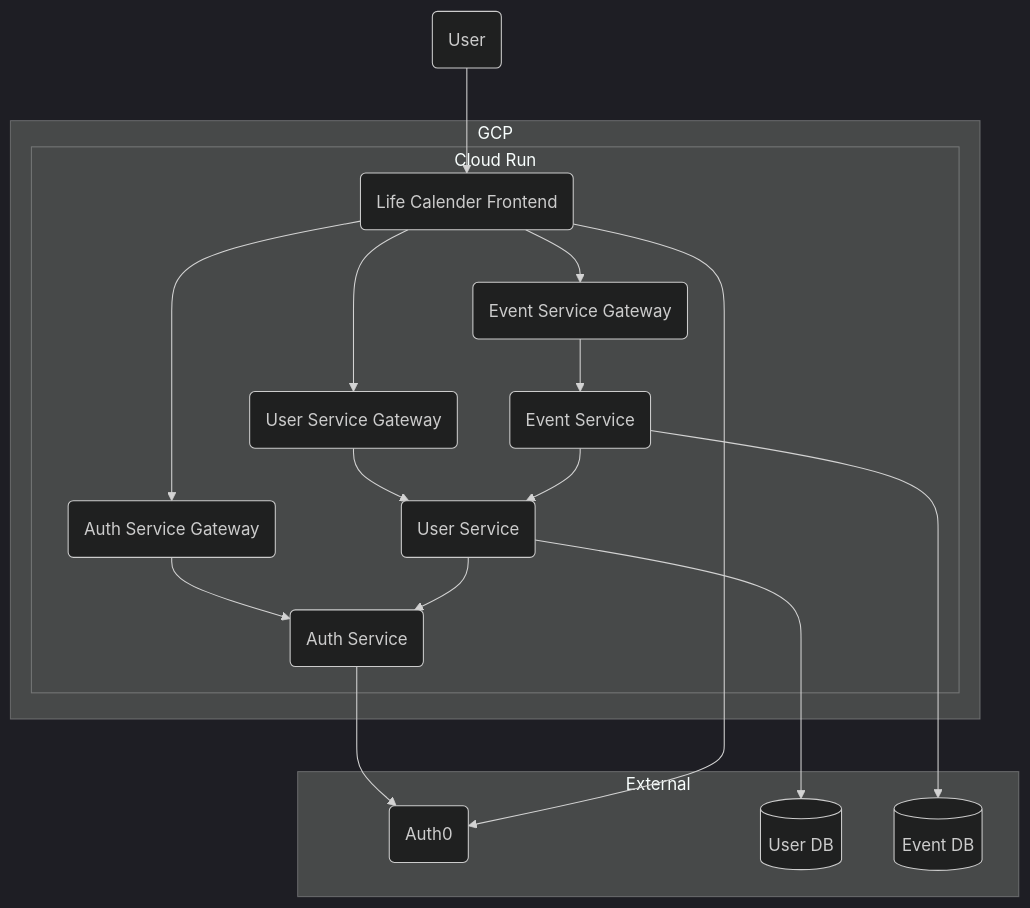
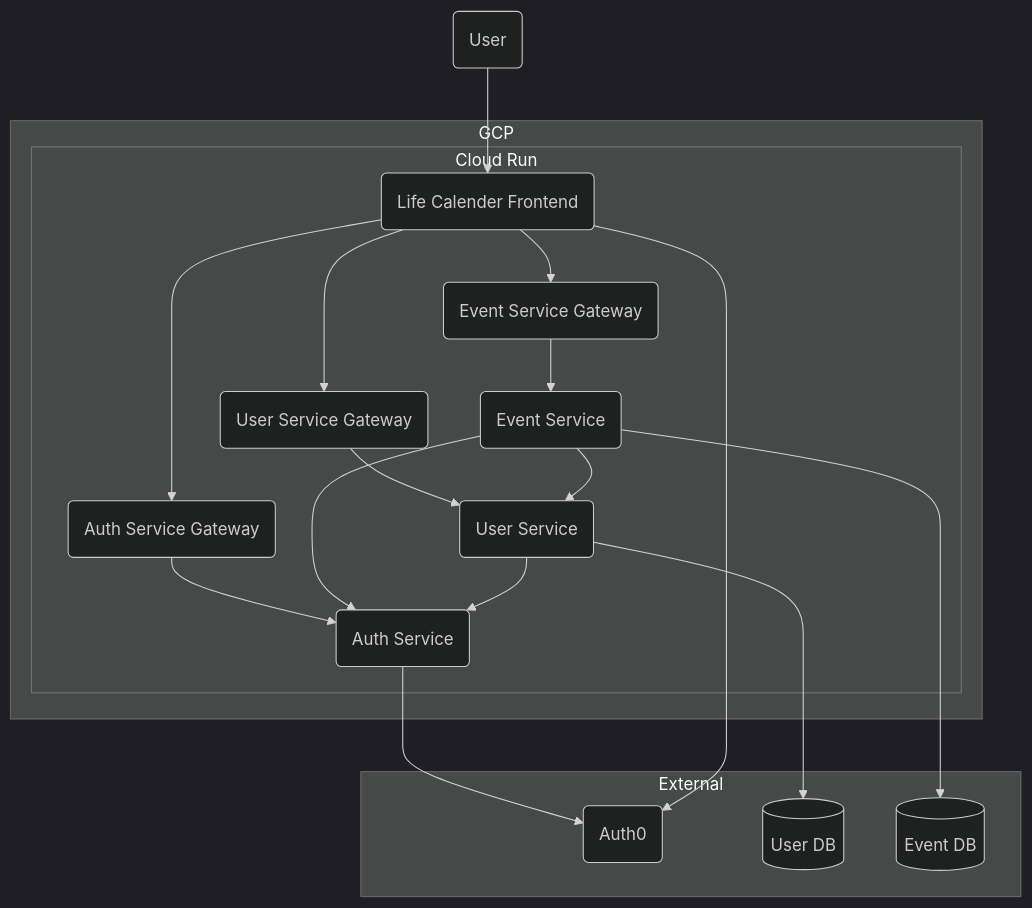
One commit to qkitzero/life-calendar changed the diagram in README.md. Above: the diagram before and after it, drawn with Mermaid (dark theme). The commit also changed other lines of this file, not shown here.

Commit message:
update: readme

````diff
--- a/README.md
+++ b/README.md
@@ -7,33 +8,34 @@
 ```mermaid
 flowchart TD
     user(User)
 
     subgraph gcp[GCP]
         subgraph cloud_run[Cloud Run]
             life_calendar_frontend(Life Calender Frontend)
             auth_service(Auth Service)
             user_service(User Service)
             event_service(Event Service)
             auth_service_gateway(Auth Service Gateway)
             user_service_gateway(User Service Gateway)
             event_service_gateway(Event Service Gateway)
         end
     end
 
     subgraph external[External]
         auth0(Auth0)
         user_db[(User DB)]
         event_db[(Event DB)]
     end
 
     user --> life_calendar_frontend
     life_calendar_frontend --> auth_service_gateway --> auth_service
     life_calendar_frontend --> user_service_gateway --> user_service
     life_calendar_frontend --> event_service_gateway --> event_service
+    event_service --> auth_service
     user_service --> auth_service
     event_service --> user_service
     user_service --> user_db
     event_service --> event_db
     auth_service --> auth0
     life_calendar_frontend --> auth0
 ```
````
